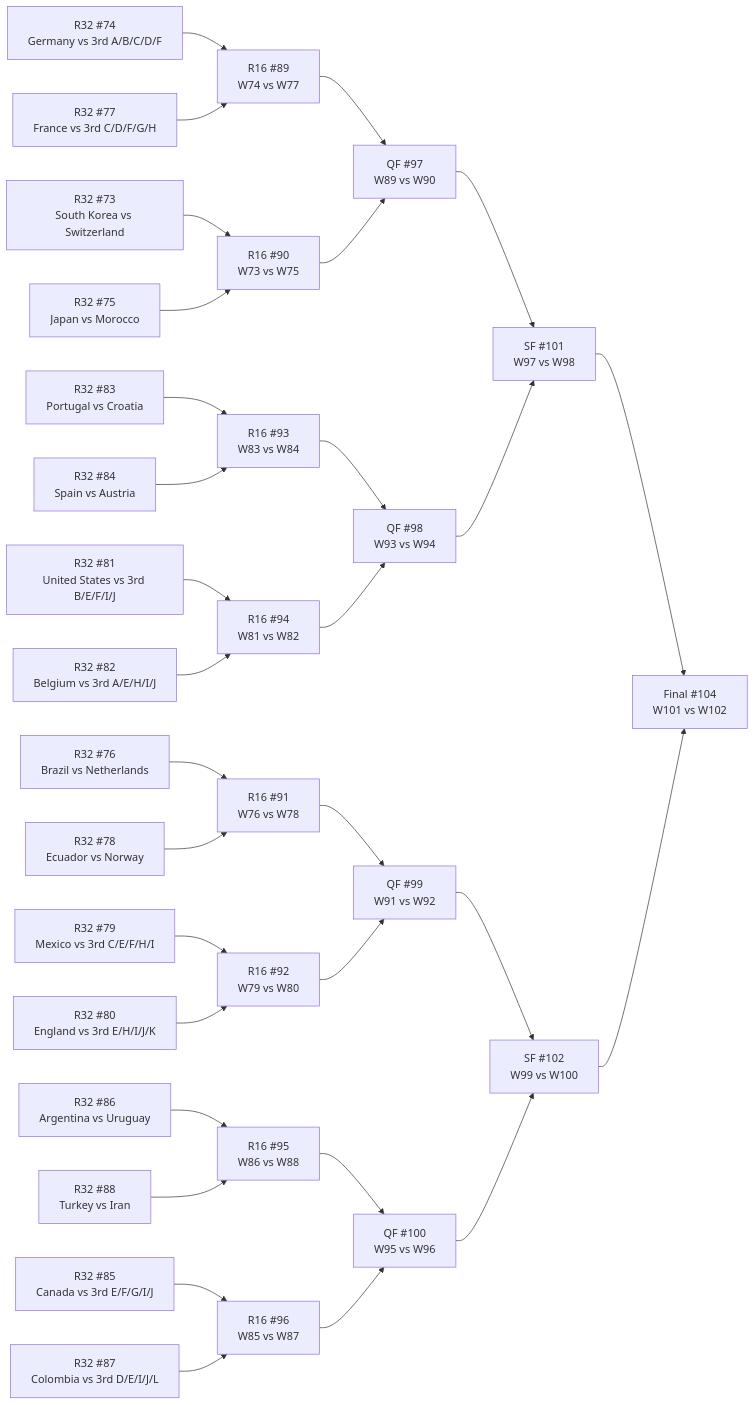
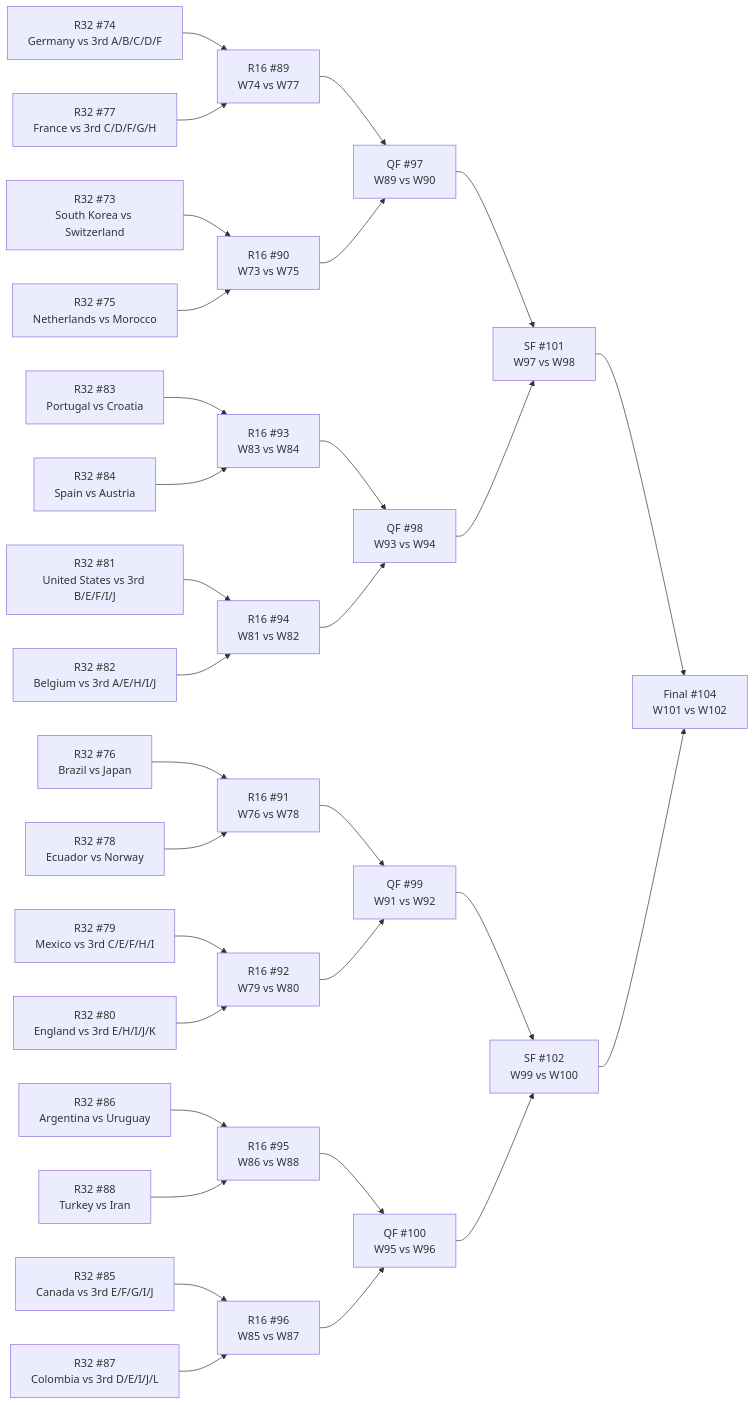
Before and after one commit to Tutai-Tran/WC-2026-predictor: the diagram in WC vault/_bracket.md, drawn with Mermaid. The commit also changed 74 other files, not shown here.

````diff
--- a/WC vault/_bracket.md
+++ b/WC vault/_bracket.md
@@ -11,64 +11,64 @@
 ```mermaid
 flowchart LR
   M73["R32 #73<br>South Korea vs Switzerland"]
   M74["R32 #74<br>Germany vs 3rd A/B/C/D/F"]
-  M75["R32 #75<br>Japan vs Morocco"]
-  M76["R32 #76<br>Brazil vs Netherlands"]
+  M75["R32 #75<br>Netherlands vs Morocco"]
+  M76["R32 #76<br>Brazil vs Japan"]
   M77["R32 #77<br>France vs 3rd C/D/F/G/H"]
   M78["R32 #78<br>Ecuador vs Norway"]
   M79["R32 #79<br>Mexico vs 3rd C/E/F/H/I"]
   M80["R32 #80<br>England vs 3rd E/H/I/J/K"]
   M81["R32 #81<br>United States vs 3rd B/E/F/I/J"]
   M82["R32 #82<br>Belgium vs 3rd A/E/H/I/J"]
   M83["R32 #83<br>Portugal vs Croatia"]
   M84["R32 #84<br>Spain vs Austria"]
   M85["R32 #85<br>Canada vs 3rd E/F/G/I/J"]
   M86["R32 #86<br>Argentina vs Uruguay"]
   M87["R32 #87<br>Colombia vs 3rd D/E/I/J/L"]
   M88["R32 #88<br>Turkey vs Iran"]
   M89["R16 #89<br>W74 vs W77"]
   M90["R16 #90<br>W73 vs W75"]
   M91["R16 #91<br>W76 vs W78"]
   M92["R16 #92<br>W79 vs W80"]
   M93["R16 #93<br>W83 vs W84"]
   M94["R16 #94<br>W81 vs W82"]
   M95["R16 #95<br>W86 vs W88"]
   M96["R16 #96<br>W85 vs W87"]
   M97["QF #97<br>W89 vs W90"]
   M98["QF #98<br>W93 vs W94"]
   M99["QF #99<br>W91 vs W92"]
   M100["QF #100<br>W95 vs W96"]
   M101["SF #101<br>W97 vs W98"]
   M102["SF #102<br>W99 vs W100"]
   M104["Final #104<br>W101 vs W102"]
   M74 --> M89
   M77 --> M89
   M73 --> M90
   M75 --> M90
   M76 --> M91
   M78 --> M91
   M79 --> M92
   M80 --> M92
   M83 --> M93
   M84 --> M93
   M81 --> M94
   M82 --> M94
   M86 --> M95
   M88 --> M95
   M85 --> M96
   M87 --> M96
   M89 --> M97
   M90 --> M97
   M93 --> M98
   M94 --> M98
   M91 --> M99
   M92 --> M99
   M95 --> M100
   M96 --> M100
   M97 --> M101
   M98 --> M101
   M99 --> M102
   M100 --> M102
   M101 --> M104
   M102 --> M104
 ```
````
